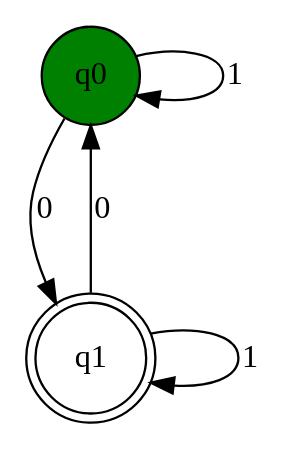
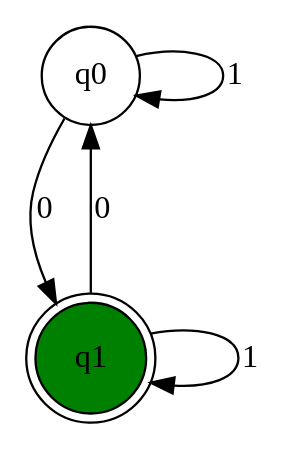
Before and after one commit to emmett511/AutomataSim: the diagram in src/graph_layout.dot, drawn with Graphviz. The commit also changed 2 other files, not shown here.

```diff
--- a/src/graph_layout.dot
+++ b/src/graph_layout.dot
@@ -1,31 +1,31 @@
 digraph {
 	graph [bb="0,0,91.012,163.02",
 		nodesep=0.5,
 		overlap=false,
 		ranksep=0.8,
 		splines=true
 	];
 	node [label="\N"];
-	q0	[fillcolor=green,
-		height=0.5592,
+	q0	[height=0.5592,
 		pos="24.131,142.89",
 		shape=circle,
-		style=filled,
 		width=0.5592];
 	q0 -> q0	[label=1,
 		lp="83.637,142.89",
 		pos="e,42.819,134.27 42.819,151.52 60.72,156.14 80.262,153.26 80.262,142.89 80.262,134.71 68.095,131.2 54.167,132.35"];
-	q1	[height=0.67031,
+	q1	[fillcolor=green,
+		height=0.67031,
 		pos="24.131,24.131",
 		shape=doublecircle,
+		style=filled,
 		width=0.67031];
 	q0 -> q1	[label=0,
 		lp="6.7561,85.512",
 		pos="e,12.33,45.604 14.653,124.63 10.285,115.7 5.5881,104.46 3.3811,93.762 0.80722,81.29 3.6044,67.826 7.8907,56.155"];
 	q1 -> q0	[label=0,
 		lp="27.506,85.512",
 		pos="e,24.131,122.35 24.131,48.358 24.131,66.295 24.131,91.287 24.131,110.93"];
 	q1 -> q1	[label=1,
 		lp="87.637,24.131",
 		pos="e,46.646,14.309 46.646,33.953 65.099,38.015 84.262,34.741 84.262,24.131 84.262,15.676 72.093,11.88 57.812,12.742"];
 }
```
